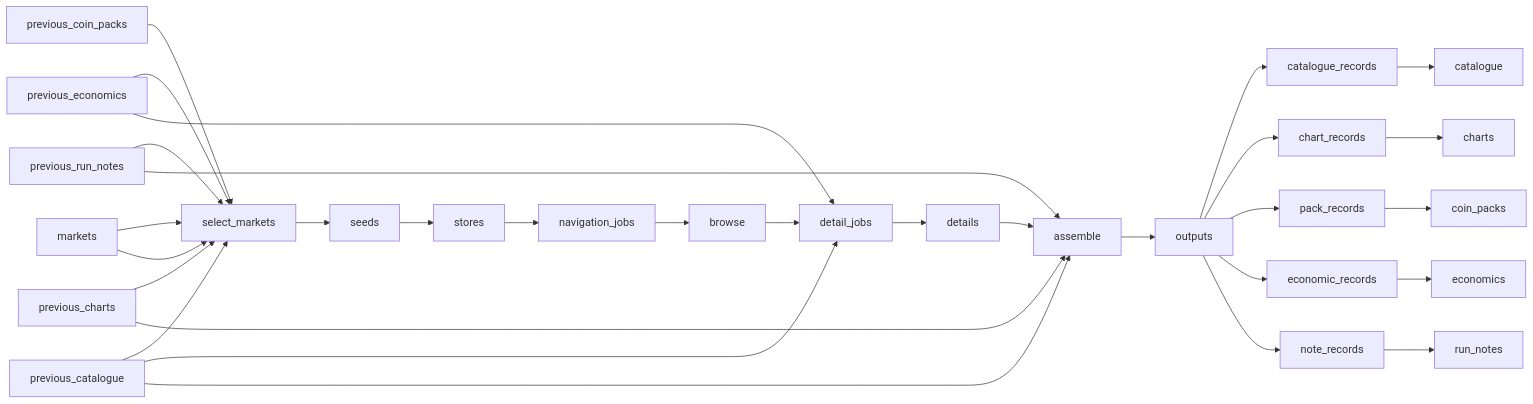
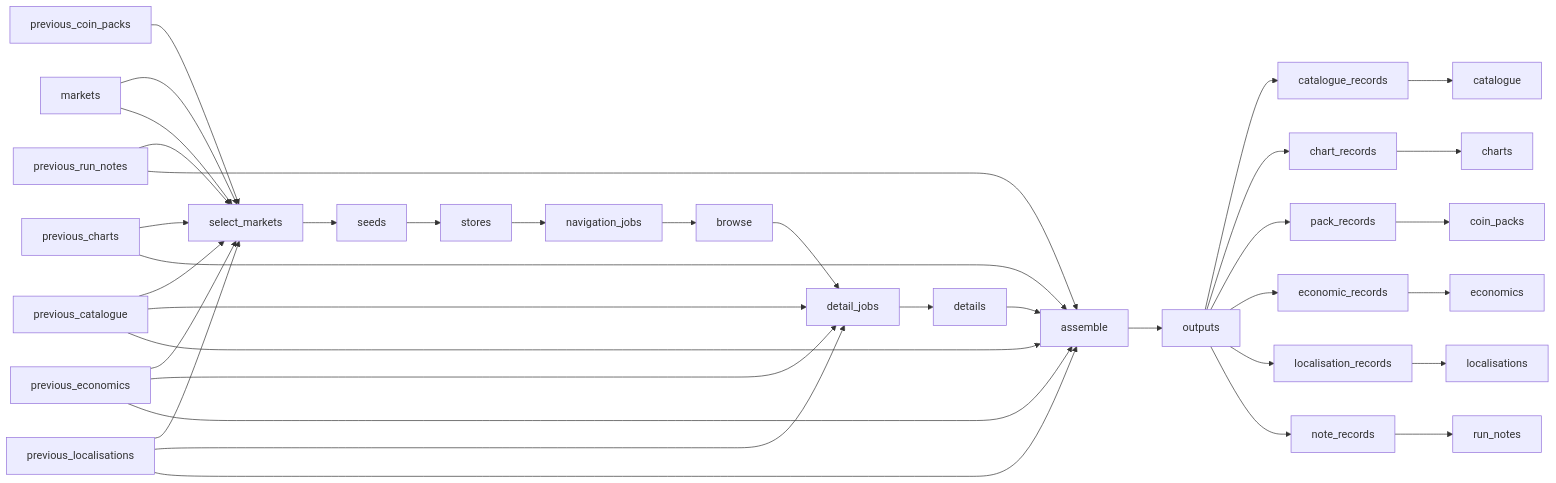
One commit to jsonifyco/public-datasets changed the diagram in datasets/short-drama-charts-and-catalogue-c3bee033d5c1/README.md. Above: the diagram before and after it, drawn with Mermaid. The commit also changed other lines of this file and 14 other files, not shown here.

Commit message:
Update short-drama-charts-and-catalogue-c3bee033d5c1

````diff
--- a/datasets/short-drama-charts-and-catalogue-c3bee033d5c1/README.md
+++ b/datasets/short-drama-charts-and-catalogue-c3bee033d5c1/README.md
@@ -149,58 +180,67 @@
 ```mermaid
 flowchart LR
   n0["previous#95;run#95;notes"]
   n1["previous#95;coin#95;packs"]
   n2["previous#95;economics"]
   n3["previous#95;charts"]
   n4["previous#95;catalogue"]
-  n5["markets"]
-  n6["select#95;markets"]
-  n7["seeds"]
-  n8["stores"]
-  n9["navigation#95;jobs"]
-  n10["browse"]
-  n11["detail#95;jobs"]
-  n12["details"]
-  n13["assemble"]
-  n14["outputs"]
-  n15["chart#95;records"]
-  n16["charts"]
-  n17["catalogue#95;records"]
-  n18["catalogue"]
-  n19["pack#95;records"]
-  n20["coin#95;packs"]
-  n21["note#95;records"]
-  n22["run#95;notes"]
-  n23["economic#95;records"]
-  n24["economics"]
-  n6 --> n7
+  n5["previous#95;localisations"]
+  n6["markets"]
+  n7["select#95;markets"]
+  n8["seeds"]
+  n9["stores"]
+  n10["navigation#95;jobs"]
+  n11["browse"]
+  n12["detail#95;jobs"]
+  n13["details"]
+  n14["assemble"]
+  n15["outputs"]
+  n16["chart#95;records"]
+  n17["charts"]
+  n18["catalogue#95;records"]
+  n19["catalogue"]
+  n20["pack#95;records"]
+  n21["coin#95;packs"]
+  n22["note#95;records"]
+  n23["run#95;notes"]
+  n24["economic#95;records"]
+  n25["economics"]
+  n26["localisation#95;records"]
+  n27["localisations"]
   n7 --> n8
   n8 --> n9
   n9 --> n10
   n10 --> n11
   n11 --> n12
   n12 --> n13
   n13 --> n14
+  n14 --> n15
+  n16 --> n17
+  n18 --> n19
+  n20 --> n21
+  n22 --> n23
+  n24 --> n25
+  n26 --> n27
+  n0 --> n7
+  n1 --> n7
+  n2 --> n7
+  n3 --> n7
+  n4 --> n7
+  n5 --> n7
+  n6 --> n7
+  n15 --> n18
   n15 --> n16
-  n17 --> n18
-  n19 --> n20
-  n21 --> n22
-  n23 --> n24
-  n0 --> n6
-  n1 --> n6
-  n2 --> n6
-  n3 --> n6
-  n4 --> n6
-  n5 --> n6
-  n14 --> n17
-  n14 --> n15
-  n14 --> n19
-  n14 --> n23
-  n14 --> n21
-  n5 --> n6
-  n4 --> n11
-  n2 --> n11
-  n4 --> n13
-  n3 --> n13
-  n0 --> n13
+  n15 --> n20
+  n15 --> n24
+  n15 --> n26
+  n15 --> n22
+  n6 --> n7
+  n4 --> n12
+  n2 --> n12
+  n5 --> n12
+  n4 --> n14
+  n3 --> n14
+  n2 --> n14
+  n5 --> n14
+  n0 --> n14
 ```
````
